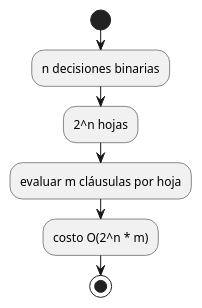
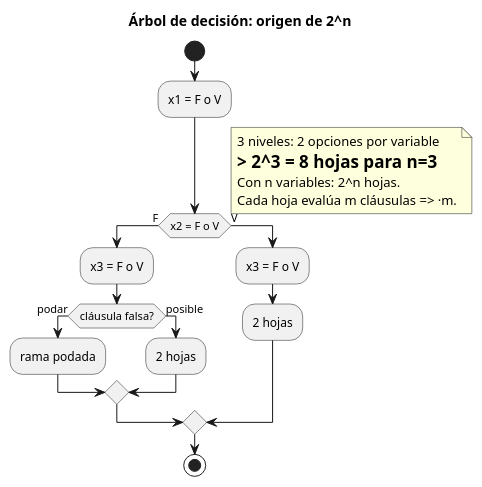
Before and after one commit to Rick1751/3_SAT_configurador-de-opciones-compatibles: the diagram in diagramas/complejidad/complejidad_origen_2n.puml, drawn with PlantUML. The commit also changed 40 other files, not shown here.

```diff
--- a/diagramas/complejidad/complejidad_origen_2n.puml
+++ b/diagramas/complejidad/complejidad_origen_2n.puml
@@ -1,8 +1,23 @@
 @startuml
+title Árbol de decisión: origen de 2^n
 start
-:n decisiones binarias;
-:2^n hojas;
-:evaluar m cláusulas por hoja;
-:costo O(2^n * m);
+:x1 = F o V;
+if (x2 = F o V) then (F)
+  :x3 = F o V;
+  if (cláusula falsa?) then (podar)
+    :rama podada;
+  else (posible)
+    :2 hojas;
+  endif
+else (V)
+  :x3 = F o V;
+  :2 hojas;
+endif
+note right
+3 niveles: 2 opciones por variable
+=> 2^3 = 8 hojas para n=3
+Con n variables: 2^n hojas.
+Cada hoja evalúa m cláusulas => ·m.
+end note
 stop
 @enduml
```
